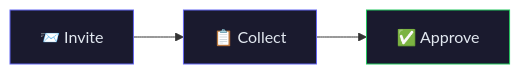
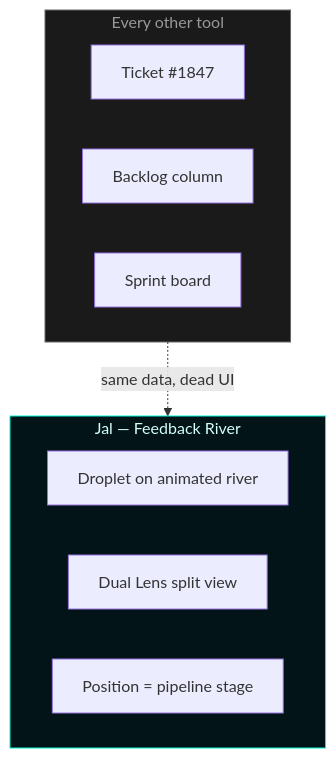
The first of 4 diagrams in README.md (buildwithrenuka/vendo), drawn with Mermaid before and after one commit. The commit also changed other lines of this file and 85 other files, not shown here.

````diff
--- a/README.md
+++ b/README.md
@@ -76,9 +65,19 @@
 ```mermaid
-flowchart LR
-    A["📨 Invite"] --> B["📋 Collect"]
-    B --> C["✅ Approve"]
+flowchart TB
+    subgraph OLD["Every other tool"]
+        L1["Ticket #1847"]
+        L2["Backlog column"]
+        L3["Sprint board"]
+    end
 
-    style A fill:#1a1a2e,stroke:#6366f1,color:#e2e8f0
-    style B fill:#1a1a2e,stroke:#6366f1,color:#e2e8f0
-    style C fill:#1a1a2e,stroke:#22c55e,color:#e2e8f0
+    subgraph JAL["Jal — Feedback River"]
+        D["Droplet on animated river"]
+        DL["Dual Lens split view"]
+        P["Position = pipeline stage"]
+    end
+
+    OLD -.->|"same data, dead UI"| JAL
+
+    style JAL fill:#021418,stroke:#00f5d4,color:#d4fff8
+    style OLD fill:#1a1a1a,stroke:#666,color:#999
 ```
````
